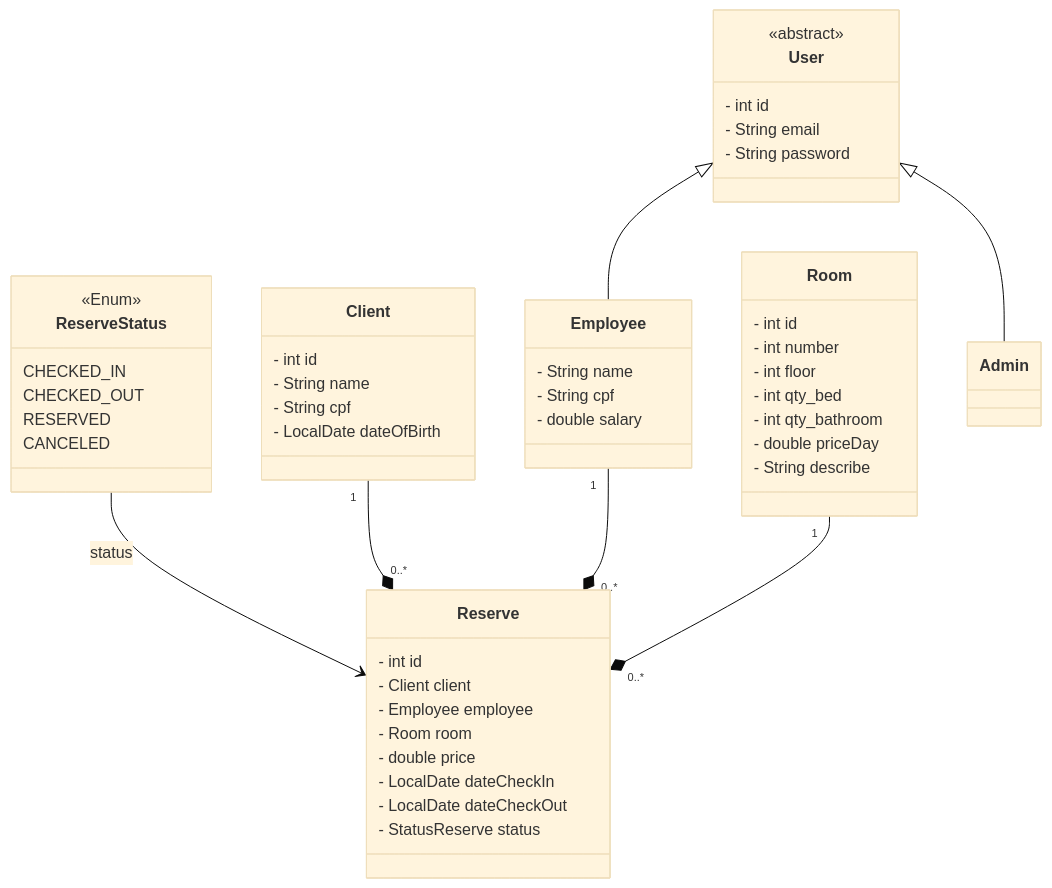
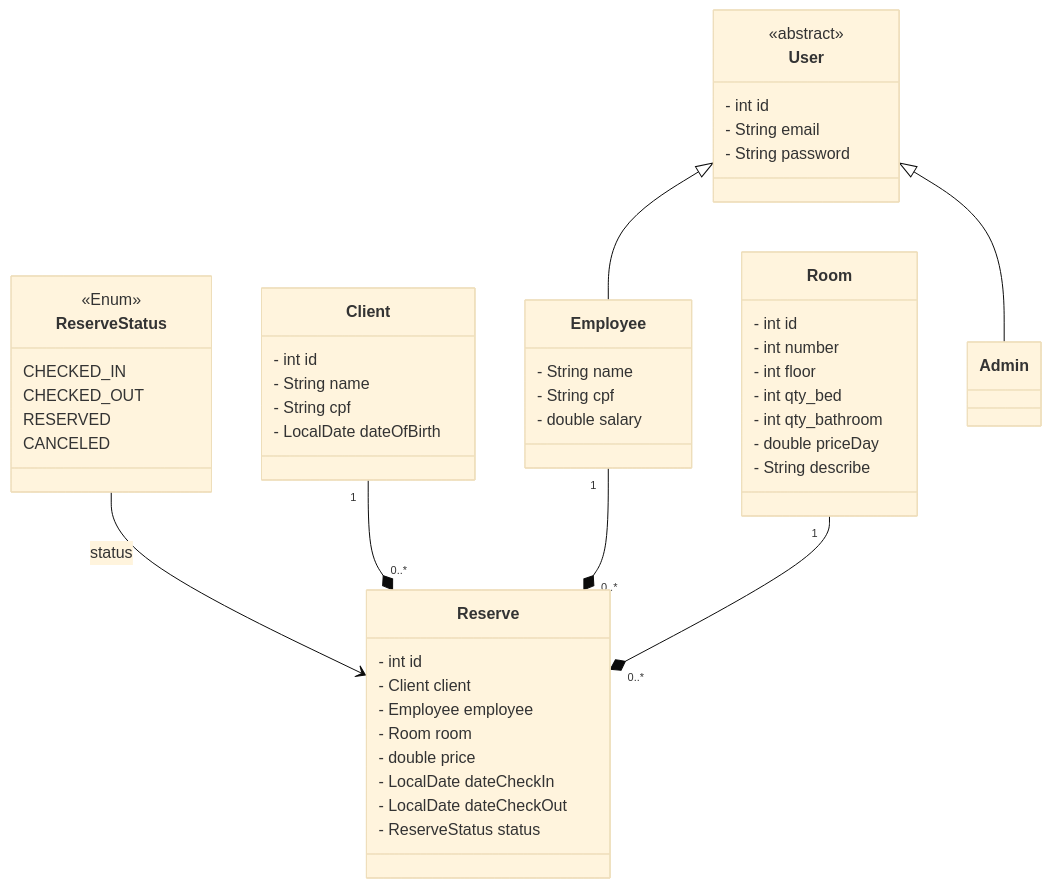
One commit to VzinCoder/lab-api-rest-nuvem-spring-dio changed the diagram in README.md. Above: the diagram before and after it, drawn with Mermaid (base theme).

````diff
--- a/README.md
+++ b/README.md
@@ -7,64 +7,64 @@
 ```mermaid
 classDiagram
     class Room {
         - int id
         - int number
         - int floor
         - int qty_bed
         - int qty_bathroom
         - double priceDay
         - String describe
     }
 
     class User {
         <<abstract>>
         - int id
         - String email
         - String password
     }
 
     class Employee {
         - String name
         - String cpf
         - double salary
      }
 
     class Client {
         - int id
         - String name
         - String cpf
         - LocalDate dateOfBirth
     }
 
 
    class  ReserveStatus {
         <<Enum>>
         CHECKED_IN
         CHECKED_OUT
         RESERVED
         CANCELED
     }
 
     class Reserve {
         - int id
         - Client client
         - Employee employee
         - Room room
         - double price
         - LocalDate dateCheckIn
         - LocalDate dateCheckOut
-        - StatusReserve status
+        - ReserveStatus status
     }
 
 
 
 
 User <|-- Employee
 User <|-- Admin
 
 ReserveStatus --> Reserve:status
 
 Client "1" --*"0..*" Reserve
 Employee "1" --*"0..*" Reserve
 Room "1"--*"0..*" Reserve
 ```
````
